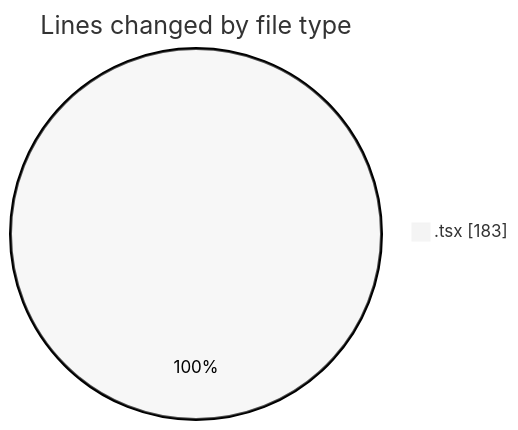
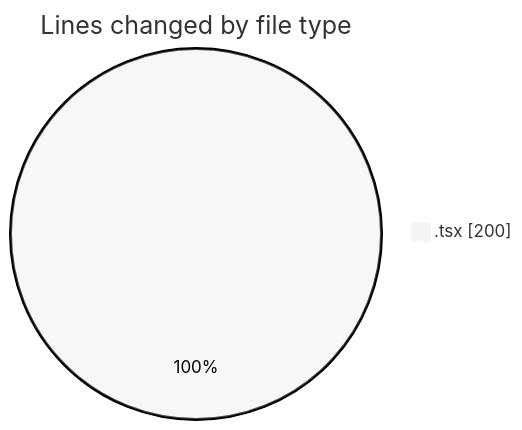
Before and after one commit to nxtqubesakshisongat/code-tracking: the first of 2 diagrams in 2026-04-13/airfeed-analytics-dashboard/README.md, drawn with Mermaid (neutral theme). The commit also changed other lines of this file and 1 other file, not shown here.

````diff
--- a/2026-04-13/airfeed-analytics-dashboard/README.md
+++ b/2026-04-13/airfeed-analytics-dashboard/README.md
@@ -21,5 +21,5 @@
 ```mermaid
 pie showData
 title Lines changed by file type
-".tsx" : 183
+".tsx" : 200
 ```
````
